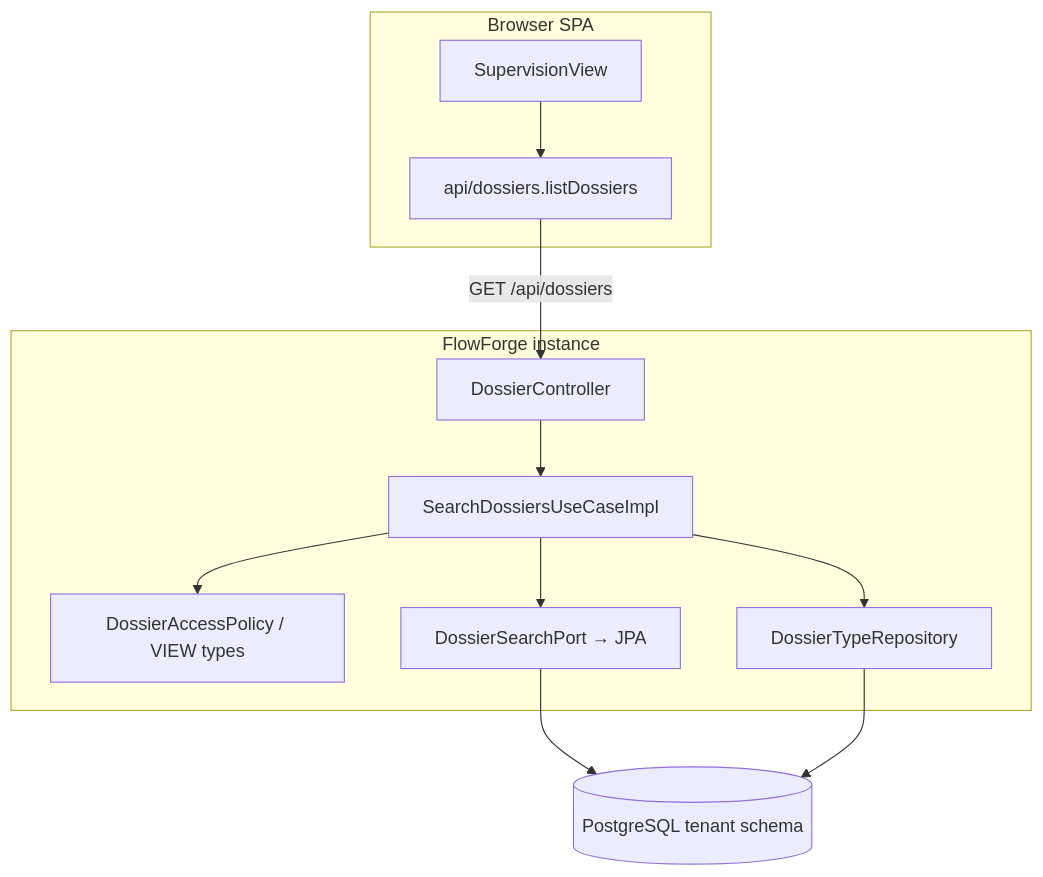
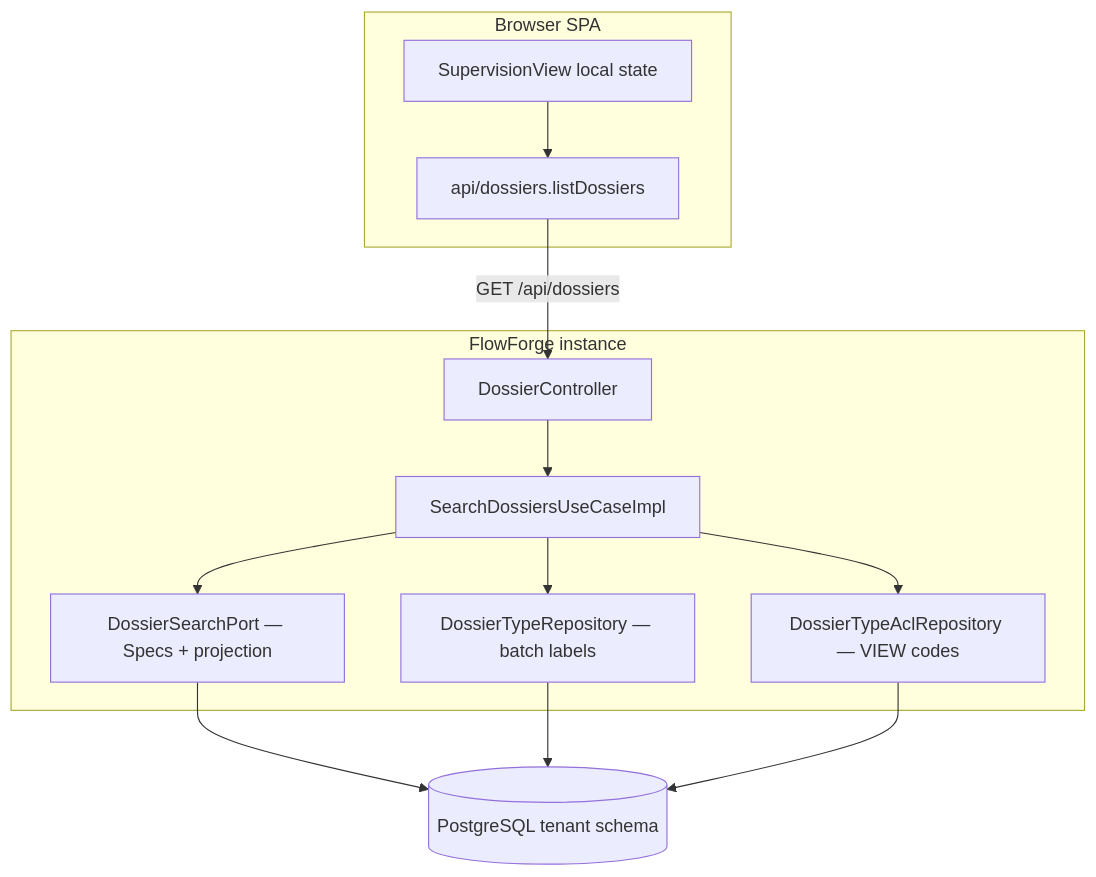
Before and after one commit to superjojo79/Myrmacta: the first of 2 diagrams in docs/ai/design/2026-08-13-feature-pagination-dossiers.md, drawn with Mermaid. The commit also changed other lines of this file and 2 other files, not shown here.

````diff
--- a/docs/ai/design/2026-08-13-feature-pagination-dossiers.md
+++ b/docs/ai/design/2026-08-13-feature-pagination-dossiers.md
@@ -23,25 +25,26 @@
 ```mermaid
 flowchart TB
   subgraph browser["Browser SPA"]
-    SUP[SupervisionView]
+    SUP[SupervisionView local state]
     APIJS["api/dossiers.listDossiers"]
     SUP --> APIJS
   end
 
   subgraph app["FlowForge instance"]
     CTRL[DossierController]
     UC[SearchDossiersUseCaseImpl]
-    POL[DossierAccessPolicy / VIEW types]
-    REPO[DossierSearchPort → JPA]
-    TYPES[DossierTypeRepository]
+    ACL[DossierTypeAclRepository — VIEW codes]
+    REPO[DossierSearchPort — Specs + projection]
+    TYPES[DossierTypeRepository — batch labels]
     CTRL --> UC
-    UC --> POL
+    UC --> ACL
     UC --> REPO
     UC --> TYPES
   end
 
   DB[(PostgreSQL tenant schema)]
   APIJS -->|GET /api/dossiers| CTRL
   REPO --> DB
   TYPES --> DB
+  ACL --> DB
 ```
````
